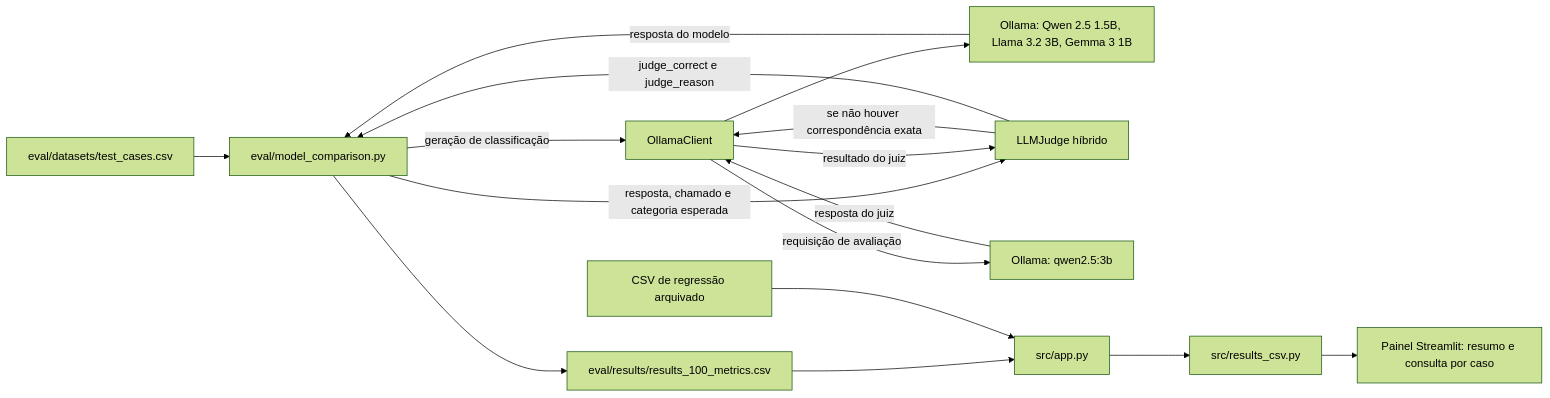
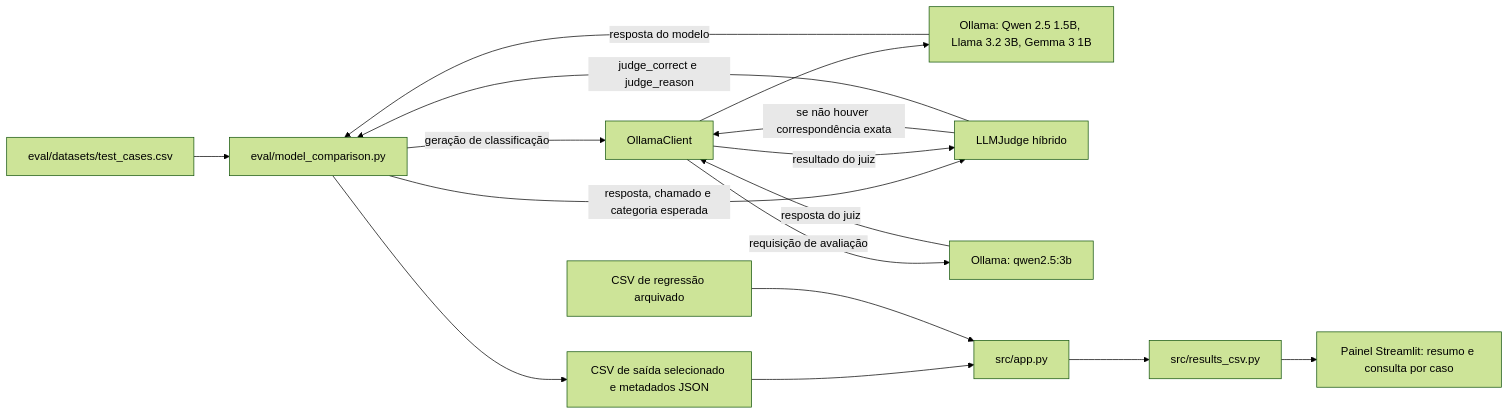
One commit to GuihCastro/plataforma-avaliacao-llm changed the diagram in docs/documentacao-tecnica.md. Above: the diagram before and after it, drawn with Mermaid (forest theme). The commit also changed other lines of this file and 6 other files, not shown here.

````diff
--- a/docs/documentacao-tecnica.md
+++ b/docs/documentacao-tecnica.md
@@ -11,18 +11,18 @@
 ```mermaid
 flowchart LR
     A["eval/datasets/test_cases.csv"] --> B["eval/model_comparison.py"]
     B -->|geração de classificação| C["OllamaClient"]
     C --> D["Ollama: Qwen 2.5 1.5B, Llama 3.2 3B, Gemma 3 1B"]
     D -->|resposta do modelo| B
     B -->|resposta, chamado e categoria esperada| E["LLMJudge híbrido"]
     E -->|se não houver correspondência exata| C
     C -->|requisição de avaliação| F["Ollama: qwen2.5:3b"]
     F -->|resposta do juiz| C
     C -->|resultado do juiz| E
     E -->|judge_correct e judge_reason| B
-    B --> G["eval/results/results_100_metrics.csv"]
+    B --> G["CSV de saída selecionado e metadados JSON"]
     G --> H["src/app.py"]
     I["CSV de regressão arquivado"] --> H
     H --> J["src/results_csv.py"]
     J --> K["Painel Streamlit: resumo e consulta por caso"]
 ```
````
